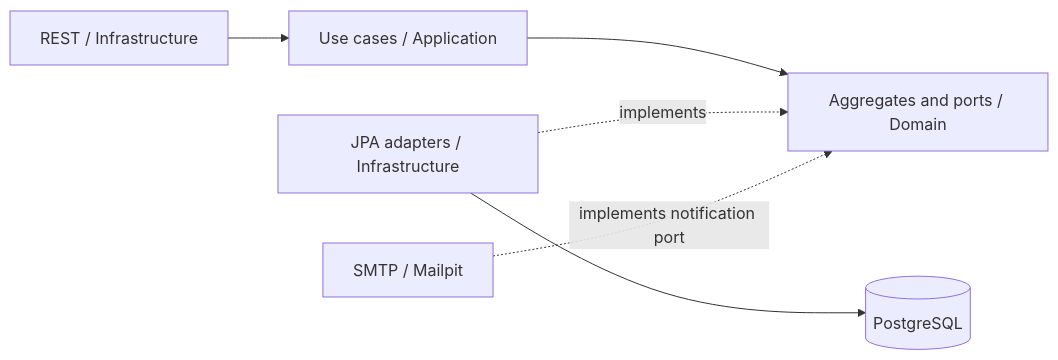
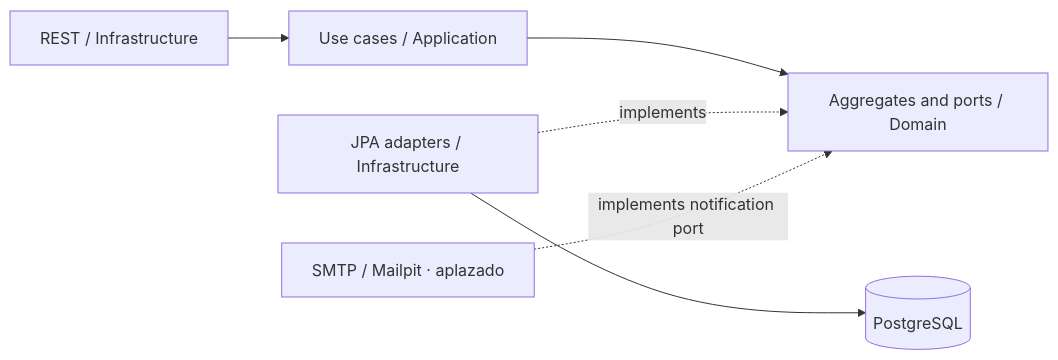
Before and after one commit to TuMinipeka/Tool-rental-platform: the diagram in README.md, drawn with Mermaid. The commit also changed other lines of this file and 27 other files, not shown here.

````diff
--- a/README.md
+++ b/README.md
@@ -92,8 +89,8 @@
 ```mermaid
 flowchart LR
     REST[REST / Infrastructure] --> APP[Use cases / Application]
     APP --> DOMAIN[Aggregates and ports / Domain]
     JPA[JPA adapters / Infrastructure] -. implements .-> DOMAIN
     JPA --> PG[(PostgreSQL)]
-    SMTP[SMTP / Mailpit] -. implements notification port .-> DOMAIN
+    SMTP[SMTP / Mailpit · aplazado] -. implements notification port .-> DOMAIN
 ```
````
